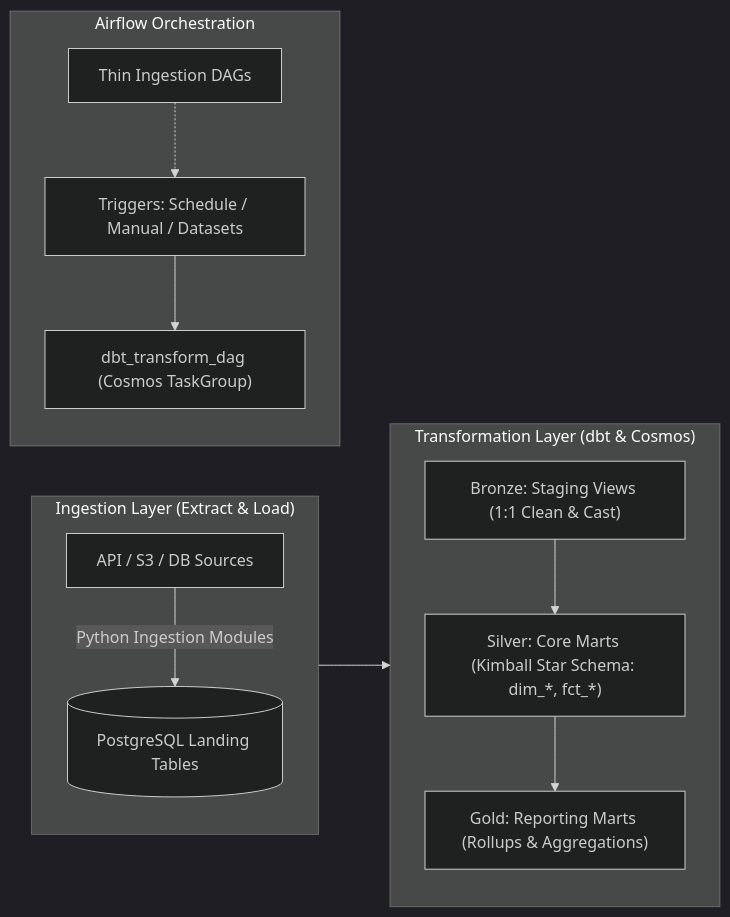
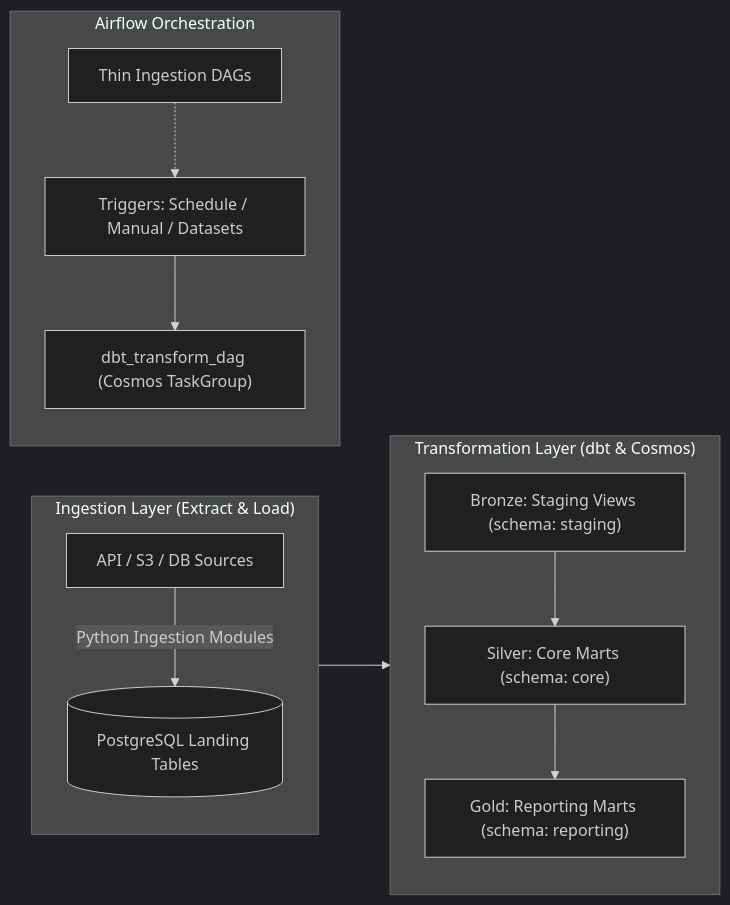
The diagram in README.md (TheGoatfoot/hands-on-airflow), drawn with Mermaid (dark theme) before and after one commit. The commit also changed 8 other files, not shown here.

Commit message:
feat: segregate medallion layers into dedicated database schemas (raw, staging, core, reporting)

````diff
--- a/README.md
+++ b/README.md
@@ -11,22 +11,22 @@
 ```mermaid
 flowchart LR
     subgraph Ingestion["Ingestion Layer (Extract & Load)"]
         direction TB
         EXT["API / S3 / DB Sources"] -->|Python Ingestion Modules| RAW[("PostgreSQL Landing Tables")]
     end
 
     subgraph Airflow["Airflow Orchestration"]
         direction TB
         DAG_EXT["Thin Ingestion DAGs"]
         TRIG["Triggers: Schedule / Manual / Datasets"]
         COSMOS["dbt_transform_dag (Cosmos TaskGroup)"]
         DAG_EXT -.-> TRIG --> COSMOS
     end
 
     subgraph Transformation["Transformation Layer (dbt & Cosmos)"]
         direction TB
-        RAW --> STG["Bronze: Staging Views (1:1 Clean & Cast)"]
-        STG --> MARTS["Silver: Core Marts (Kimball Star Schema: dim_*, fct_*)"]
-        MARTS --> RPT["Gold: Reporting Marts (Rollups & Aggregations)"]
+        RAW --> STG["Bronze: Staging Views (schema: staging)"]
+        STG --> MARTS["Silver: Core Marts (schema: core)"]
+        MARTS --> RPT["Gold: Reporting Marts (schema: reporting)"]
     end
 ```
````
